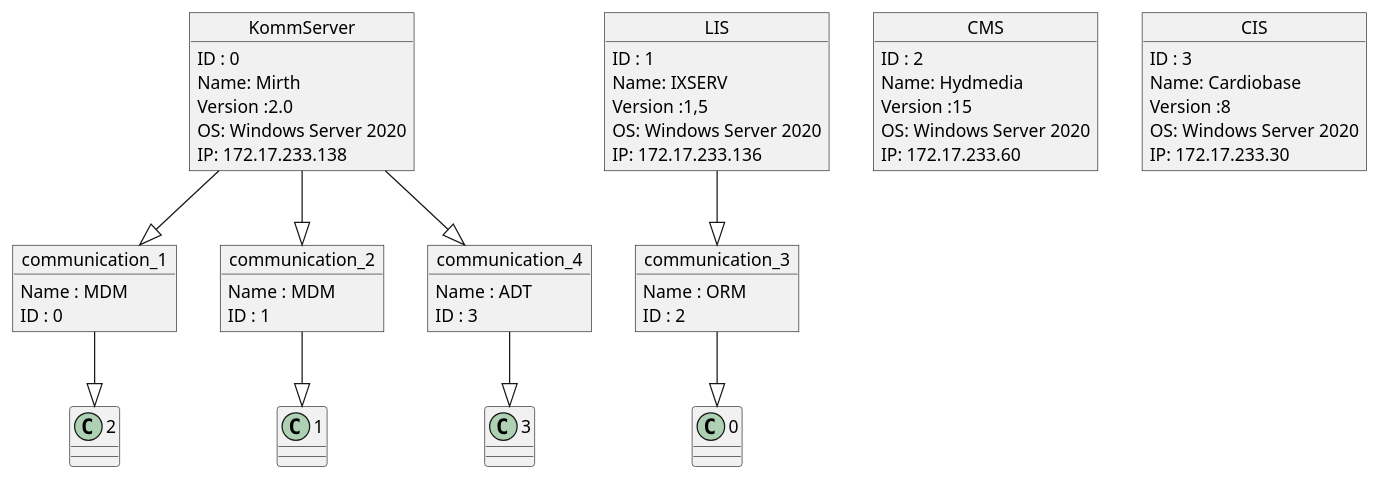
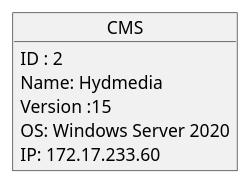
The diagram in static/puml/CMS.puml (VirtualReality1/topologieSpringBoot), drawn with PlantUML before and after one commit. The commit also changed 17 other files, not shown here.

```diff
--- a/static/puml/CMS.puml
+++ b/static/puml/CMS.puml
@@ -1,46 +1,8 @@
 @startuml
-object KommServer
-object communication_1
-communication_1 : Name : MDM
-communication_1 : ID : 0
-object communication_2
-communication_2 : Name : MDM
-communication_2 : ID : 1
-object communication_4
-communication_4 : Name : ADT
-communication_4 : ID : 3
-KommServer --|> communication_1
-communication_1 --|> 2
-KommServer --|> communication_2
-communication_2 --|> 1
-KommServer --|> communication_4
-communication_4 --|> 3
-KommServer : ID : 0
-KommServer : Name: Mirth
-KommServer : Version :2.0
-KommServer : OS: Windows Server 2020
-KommServer : IP: 172.17.233.138
-object LIS
-object communication_3
-communication_3 : Name : ORM
-communication_3 : ID : 2
-LIS --|> communication_3
-communication_3 --|> 0
-LIS : ID : 1
-LIS : Name: IXSERV
-LIS : Version :1,5
-LIS : OS: Windows Server 2020
-LIS : IP: 172.17.233.136
 object CMS
 CMS : ID : 2
 CMS : Name: Hydmedia
 CMS : Version :15
 CMS : OS: Windows Server 2020
 CMS : IP: 172.17.233.60
-object CIS
-CIS : ID : 3
-CIS : Name: Cardiobase
-CIS : Version :8
-CIS : OS: Windows Server 2020
-CIS : IP: 172.17.233.30
 @enduml
```
